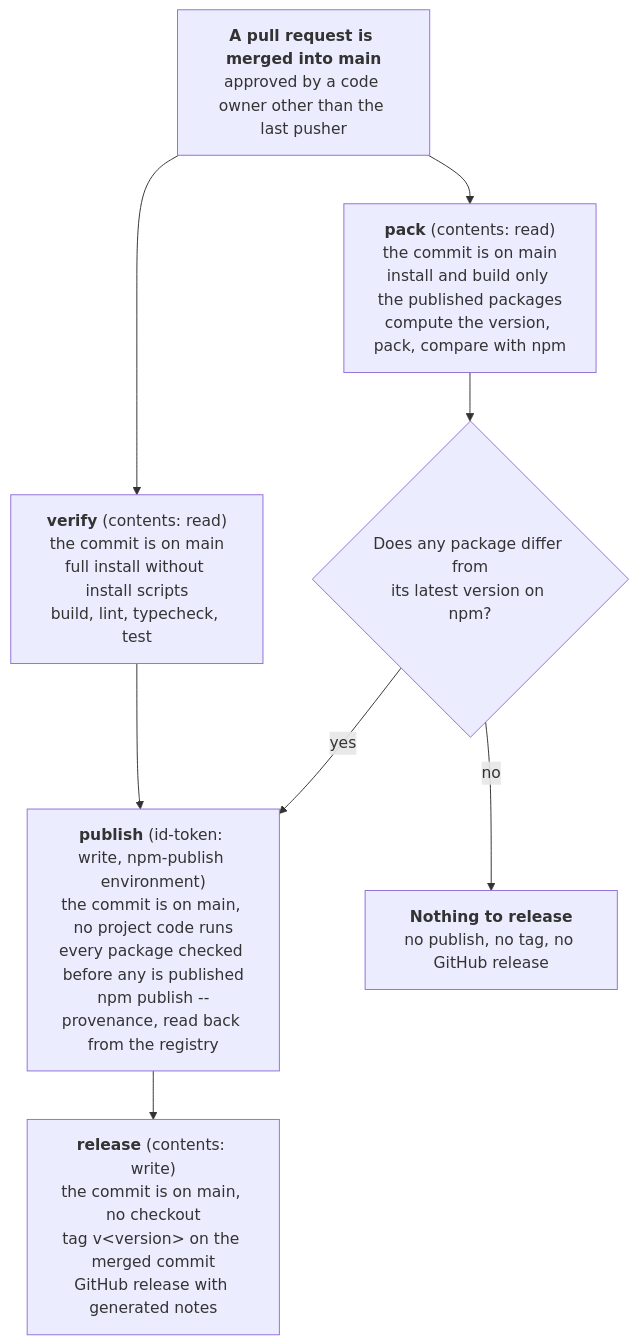
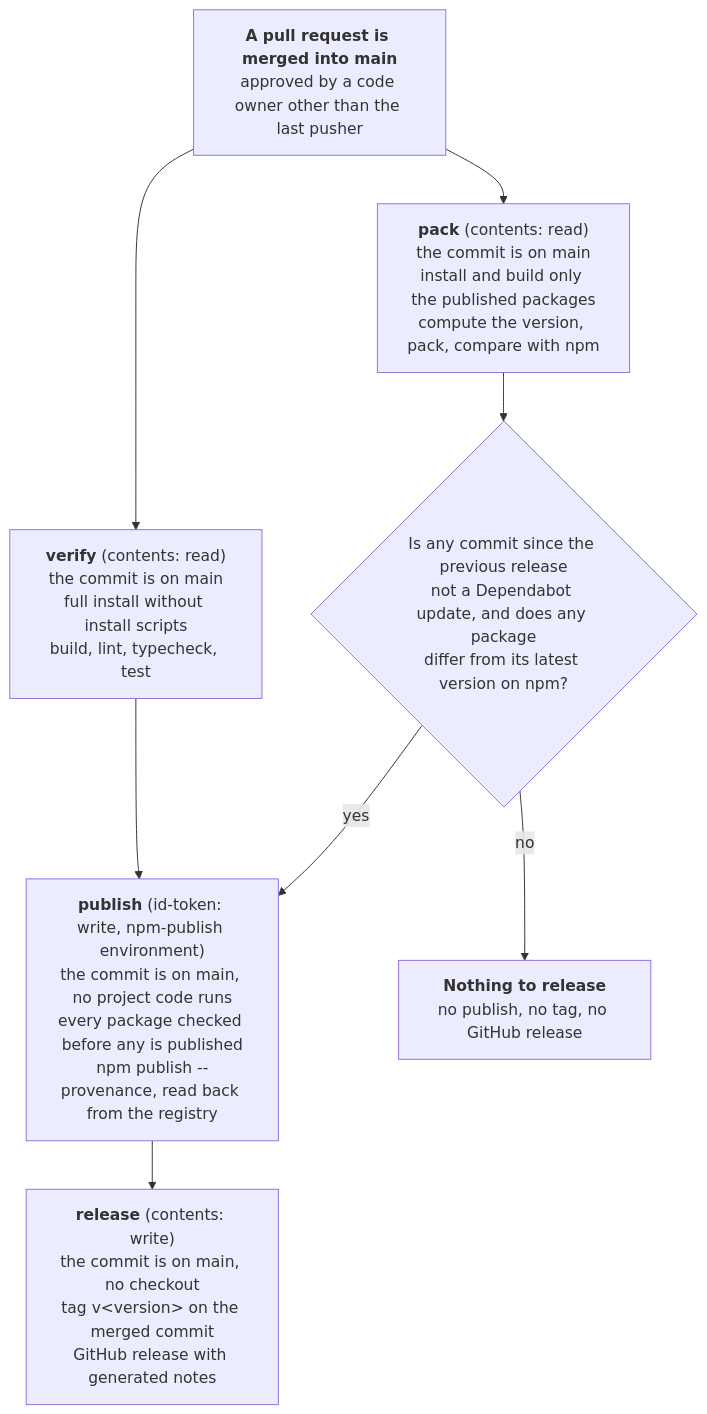
Before and after one commit to crewlet/uilet: the diagram in RELEASING.md, drawn with Mermaid. The commit also changed other lines of this file and 6 other files, not shown here.

````diff
--- a/RELEASING.md
+++ b/RELEASING.md
@@ -11,12 +11,12 @@
 ```mermaid
 flowchart TD
     M["<b>A pull request is merged into main</b><br/>approved by a code owner other than the last pusher"] --> C
     M --> K
     C["<b>verify</b> (contents: read)<br/>the commit is on main<br/>full install without install scripts<br/>build, lint, typecheck, test"] --> P
     K["<b>pack</b> (contents: read)<br/>the commit is on main<br/>install and build only the published packages<br/>compute the version, pack, compare with npm"] --> D
-    D{"Does any package differ from<br/>its latest version on npm?"}
+    D{"Is any commit since the previous release<br/>not a Dependabot update, and does any package<br/>differ from its latest version on npm?"}
     D -- no --> N["<b>Nothing to release</b><br/>no publish, no tag, no GitHub release"]
     D -- yes --> P
     P["<b>publish</b> (id-token: write, npm-publish environment)<br/>the commit is on main, no project code runs<br/>every package checked before any is published<br/>npm publish --provenance, read back from the registry"] --> R
     R["<b>release</b> (contents: write)<br/>the commit is on main, no checkout<br/>tag v&lt;version&gt; on the merged commit<br/>GitHub release with generated notes"]
 ```
````
